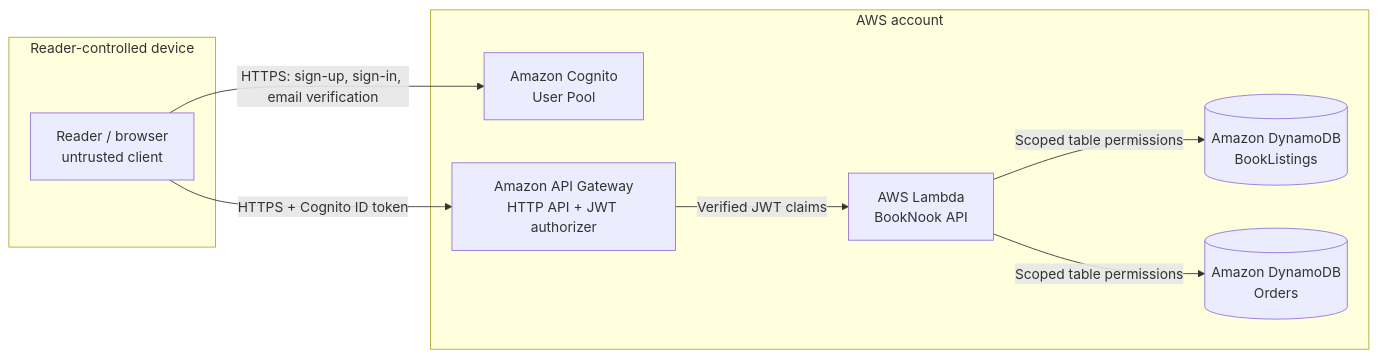
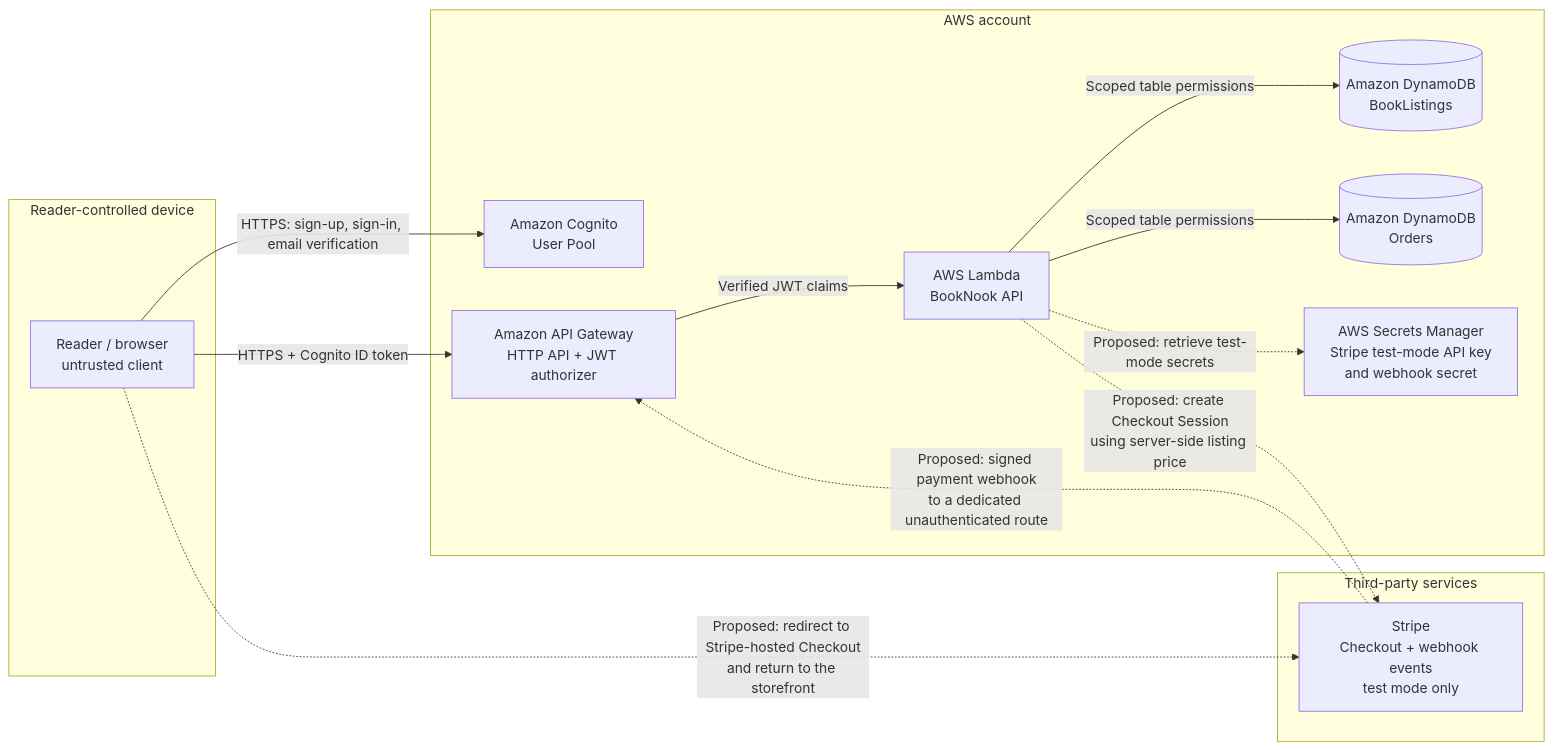
Before and after one commit to mikolajlowiec-cpu/booknook-platform: the diagram in docs/architecture.md, drawn with Mermaid. The commit also changed other lines of this file and 1 other file, not shown here.

Commit message:
Document Stripe test-mode trust boundary

````diff
--- a/docs/architecture.md
+++ b/docs/architecture.md
@@ -7,19 +7,27 @@
 ```mermaid
 flowchart LR
   subgraph client["Reader-controlled device"]
     reader["Reader / browser<br/>untrusted client"]
   end
   subgraph aws["AWS account"]
     cognito["Amazon Cognito<br/>User Pool"]
     api["Amazon API Gateway<br/>HTTP API + JWT authorizer"]
     lambda["AWS Lambda<br/>BookNook API"]
     books[("Amazon DynamoDB<br/>BookListings")]
     orders[("Amazon DynamoDB<br/>Orders")]
+    secrets["AWS Secrets Manager<br/>Stripe test-mode API key<br/>and webhook secret"]
+  end
+  subgraph thirdparty["Third-party services"]
+    stripe["Stripe<br/>Checkout + webhook events<br/>test mode only"]
   end
 
   reader -->|"HTTPS: sign-up, sign-in, email verification"| cognito
   reader -->|"HTTPS + Cognito ID token"| api
   api -->|"Verified JWT claims"| lambda
   lambda -->|"Scoped table permissions"| books
   lambda -->|"Scoped table permissions"| orders
+  lambda -.->|"Proposed: create Checkout Session<br/>using server-side listing price"| stripe
+  lambda -.->|"Proposed: retrieve test-mode secrets"| secrets
+  reader -.->|"Proposed: redirect to Stripe-hosted Checkout<br/>and return to the storefront"| stripe
+  stripe -.->|"Proposed: signed payment webhook<br/>to a dedicated unauthenticated route"| api
 ```
````
